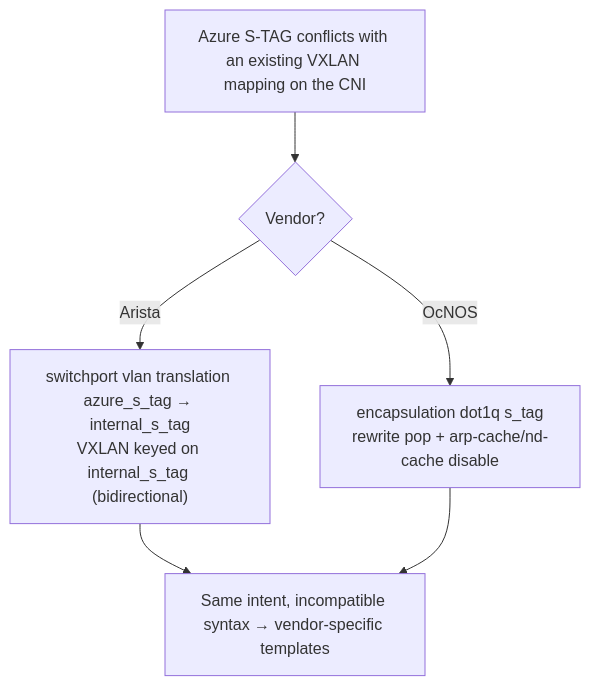
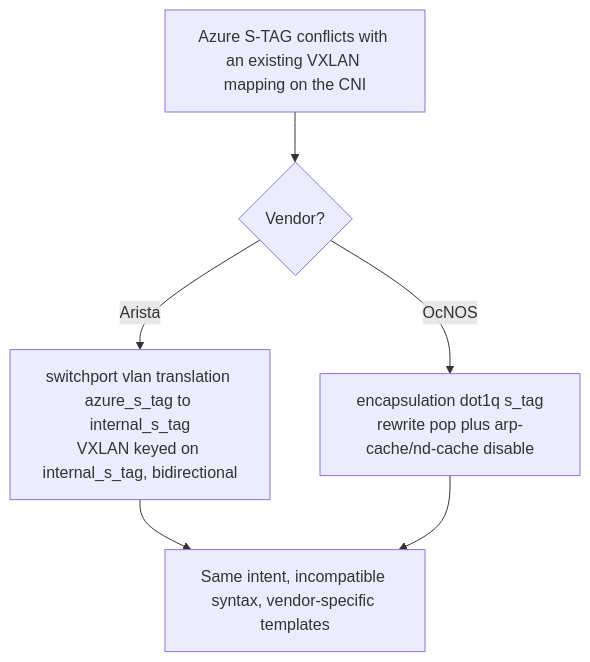
Before and after one commit to cmek/netauto: the third of 3 diagrams in docs/evpn_service.md, drawn with Mermaid. The commit also changed other lines of this file, not shown here.

Commit message:
fix: possibly fix mermaid syntax for github rendering

````diff
--- a/docs/evpn_service.md
+++ b/docs/evpn_service.md
@@ -164,8 +164,8 @@
 ```mermaid
 graph TD
-    P["Azure S-TAG conflicts with an existing VXLAN mapping on the CNI"] --> V{Vendor?}
-    V -->|Arista| A["switchport vlan translation azure_s_tag → internal_s_tag<br/>VXLAN keyed on internal_s_tag (bidirectional)"]
-    V -->|OcNOS| I["encapsulation dot1q s_tag<br/>rewrite pop + arp-cache/nd-cache disable"]
-    A --> K["Same intent, incompatible syntax → vendor-specific templates"]
+    P["Azure S-TAG conflicts with an existing VXLAN mapping on the CNI"] --> V{"Vendor?"}
+    V -->|Arista| A["switchport vlan translation azure_s_tag to internal_s_tag<br/>VXLAN keyed on internal_s_tag, bidirectional"]
+    V -->|OcNOS| I["encapsulation dot1q s_tag<br/>rewrite pop plus arp-cache/nd-cache disable"]
+    A --> K["Same intent, incompatible syntax, vendor-specific templates"]
     I --> K
 ```
````
